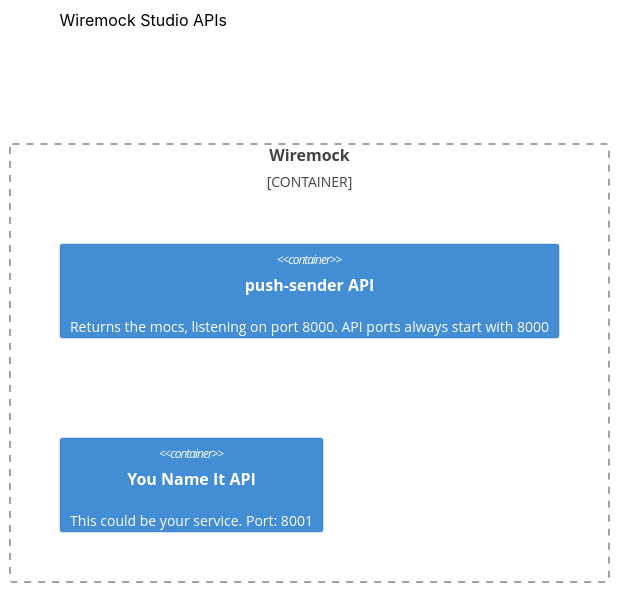
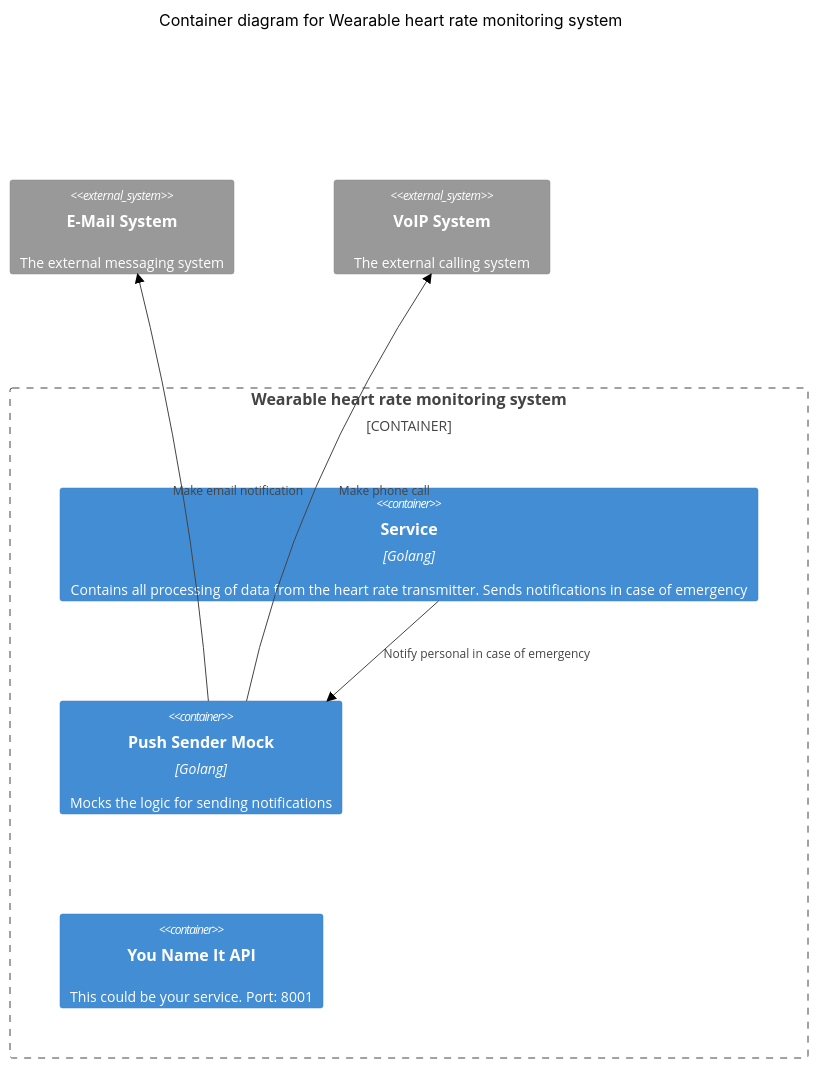
Before and after one commit to nktch1/wearable: the second of 2 diagrams in README.md, drawn with Mermaid (forest theme). The commit also changed other lines of this file and 1 other file, not shown here.

````diff
--- a/README.md
+++ b/README.md
@@ -180,9 +209,17 @@
-``` mermaid
-  C4Container
-  title Wiremock Studio APIs
+```mermaid
+    C4Container
+    title Container diagram for Wearable heart rate monitoring system
     
-  Container_Boundary(c1, "Wiremock") {
-      Container(push-sender, "push-sender API", "", "Returns the mocs, listening on port 8000. API ports always start with 8000")
-      Container(you-name-it, "You Name It API", "", "This could be your service. Port: 8001")
-  }
+    Container_Boundary(c1, "Wearable heart rate monitoring system") {
+        Container(backend, "Service", "Golang", "Contains all processing of data from the heart rate transmitter. Sends notifications in case of emergency")
+        Container(push-sender-mock, "Push Sender Mock", "Golang", "Mocks the logic for sending notifications")
+        Container(you-name-it, "You Name It API", "", "This could be your service. Port: 8001")
+    }
+    
+    System_Ext(email_system, "E-Mail System", "The external messaging system")
+    System_Ext(voip_system, "VoIP System", "The external calling system")
+        
+    Rel(backend, push-sender-mock, "Notify personal in case of emergency")
+    Rel(push-sender-mock, email_system, "Make email notification")
+    Rel(push-sender-mock, voip_system, "Make phone call")
 ```
````
